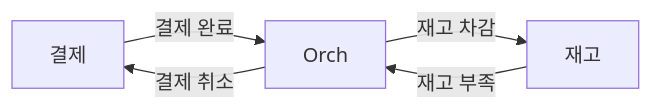
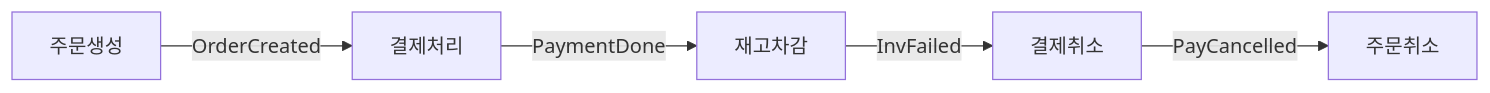
One commit to yjkim2015/yjkim2015.github.io changed the seventh of 12 diagrams in _posts/architecture/2026-05-02-distributed-transaction-deep.md. Above: the diagram before and after it, drawn with Mermaid. The commit also changed other lines of this file and 4 other files, not shown here.

````diff
--- a/_posts/architecture/2026-05-02-distributed-transaction-deep.md
+++ b/_posts/architecture/2026-05-02-distributed-transaction-deep.md
@@ -167,7 +635,7 @@
 ```mermaid
 graph LR
-    PY["결제"] -->|"결제 완료"| OC["Orch"]
-    OC -->|"재고 차감"| ST["재고"]
-    ST -->|"재고 부족"| OC
-    OC -->|"결제 취소"| PY
+    ORD["주문생성"] -->|"OrderCreated"| PAY["결제처리"]
+    PAY -->|"PaymentDone"| INV["재고차감"]
+    INV -->|"InvFailed"| PAY2["결제취소"]
+    PAY2 -->|"PayCancelled"| ORD2["주문취소"]
 ```
````
